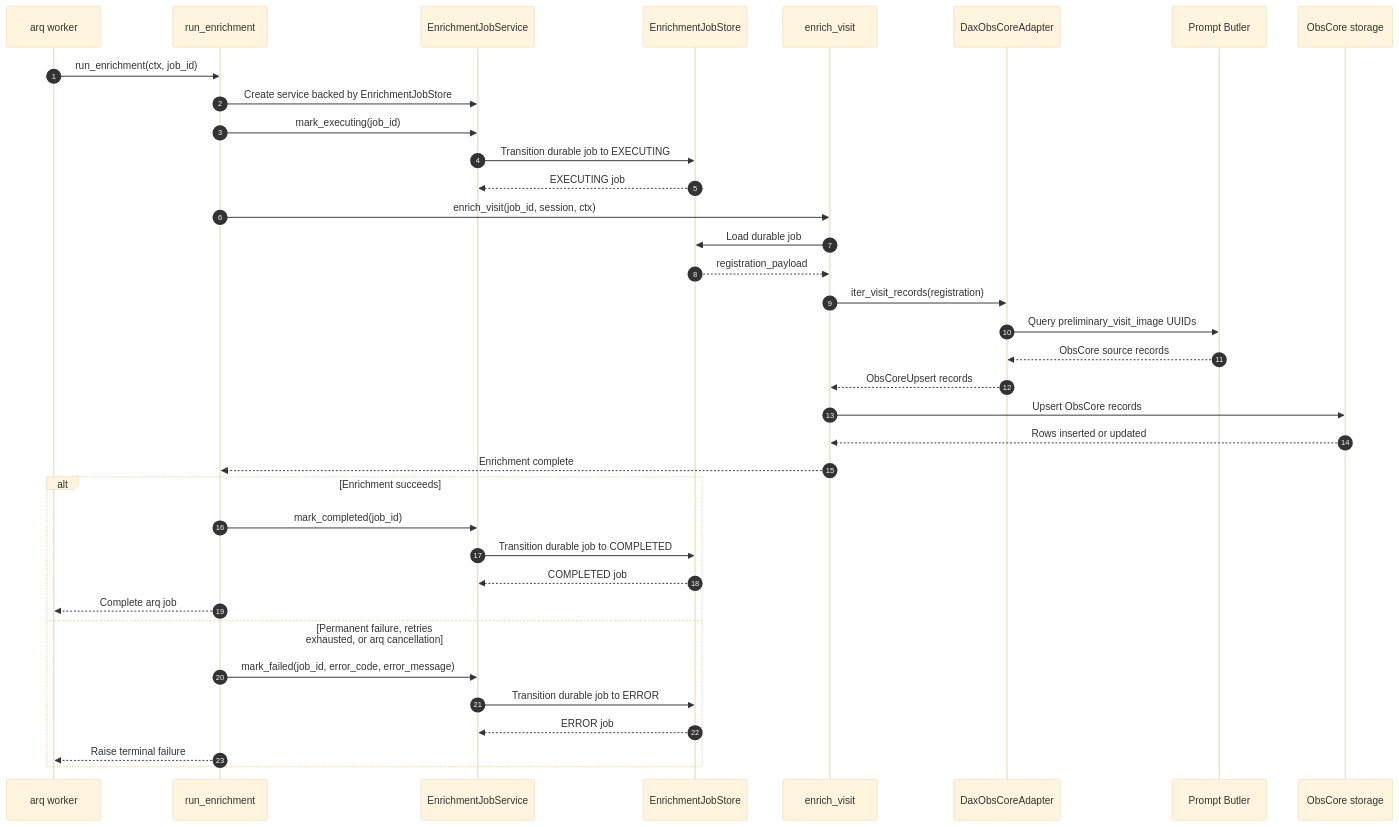
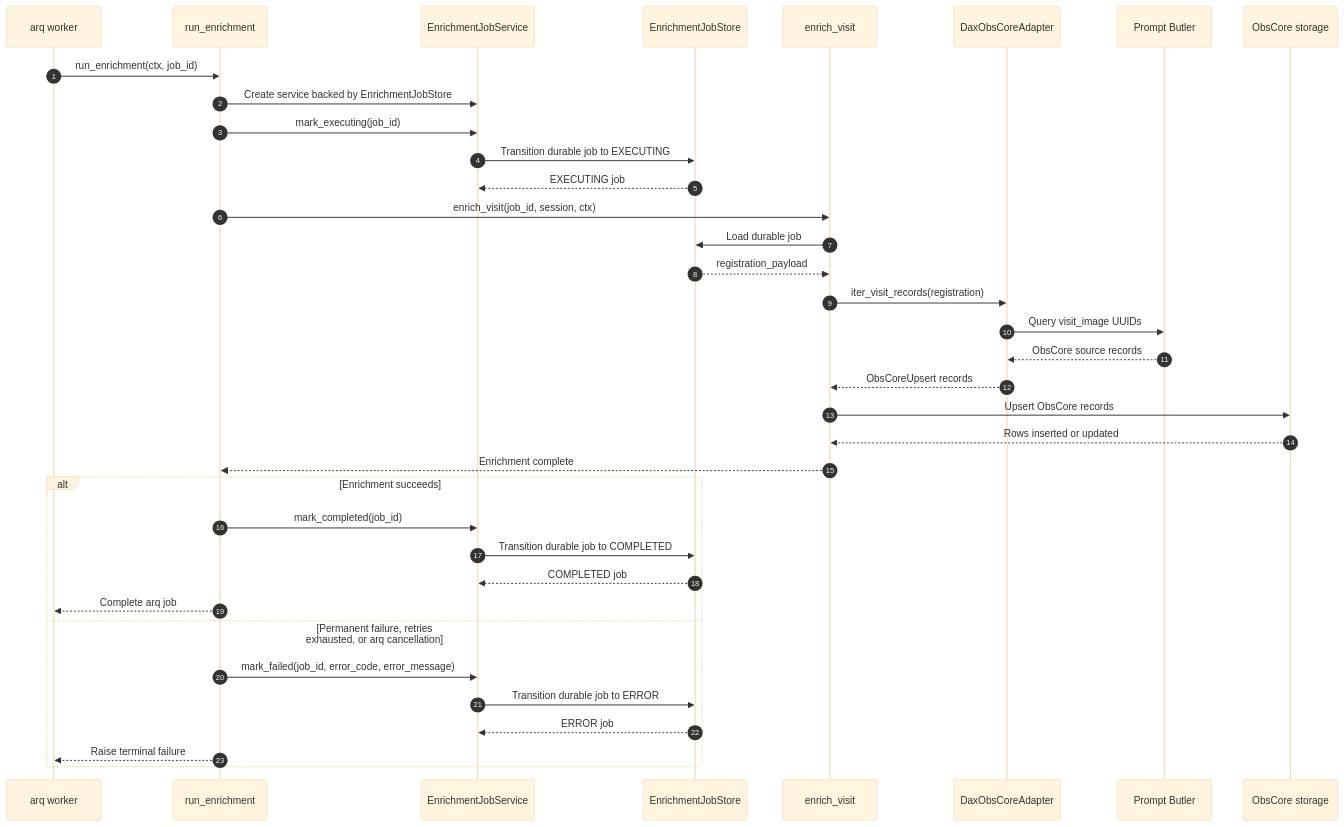
Before and after one commit to lsst-sqre/sqr-115: the fourth of 6 diagrams in index.rst, drawn with Mermaid (base theme). The commit also changed other lines of this file, not shown here.

First line of the commit message:
Update butler dataset types used by ObsForge

```diff
--- a/index.rst
+++ b/index.rst
@@ -332,43 +336,43 @@
 .. mermaid::
    :caption: Worker enrichment sequence.
 
    sequenceDiagram
       autonumber
 
       participant Arq as arq worker
       participant Task as run_enrichment
       participant Service as EnrichmentJobService
       participant Store as EnrichmentJobStore
       participant Hook as enrich_visit
       participant Adapter as DaxObsCoreAdapter
       participant Butler as Prompt Butler
       participant ObsCore as ObsCore storage
 
       Arq->>Task: run_enrichment(ctx, job_id)
       Task->>Service: Create service backed by EnrichmentJobStore
       Task->>Service: mark_executing(job_id)
       Service->>Store: Transition durable job to EXECUTING
       Store-->>Service: EXECUTING job
 
       Task->>Hook: enrich_visit(job_id, session, ctx)
       Hook->>Store: Load durable job
       Store-->>Hook: registration_payload
       Hook->>Adapter: iter_visit_records(registration)
-      Adapter->>Butler: Query preliminary_visit_image UUIDs
+      Adapter->>Butler: Query visit_image UUIDs
       Butler-->>Adapter: ObsCore source records
       Adapter-->>Hook: ObsCoreUpsert records
       Hook->>ObsCore: Upsert ObsCore records
       ObsCore-->>Hook: Rows inserted or updated
       Hook-->>Task: Enrichment complete
 
       alt Enrichment succeeds
          Task->>Service: mark_completed(job_id)
          Service->>Store: Transition durable job to COMPLETED
          Store-->>Service: COMPLETED job
          Task-->>Arq: Complete arq job
       else Permanent failure, retries exhausted, or arq cancellation
          Task->>Service: mark_failed(job_id, error_code, error_message)
          Service->>Store: Transition durable job to ERROR
          Store-->>Service: ERROR job
          Task-->>Arq: Raise terminal failure
       end
```
